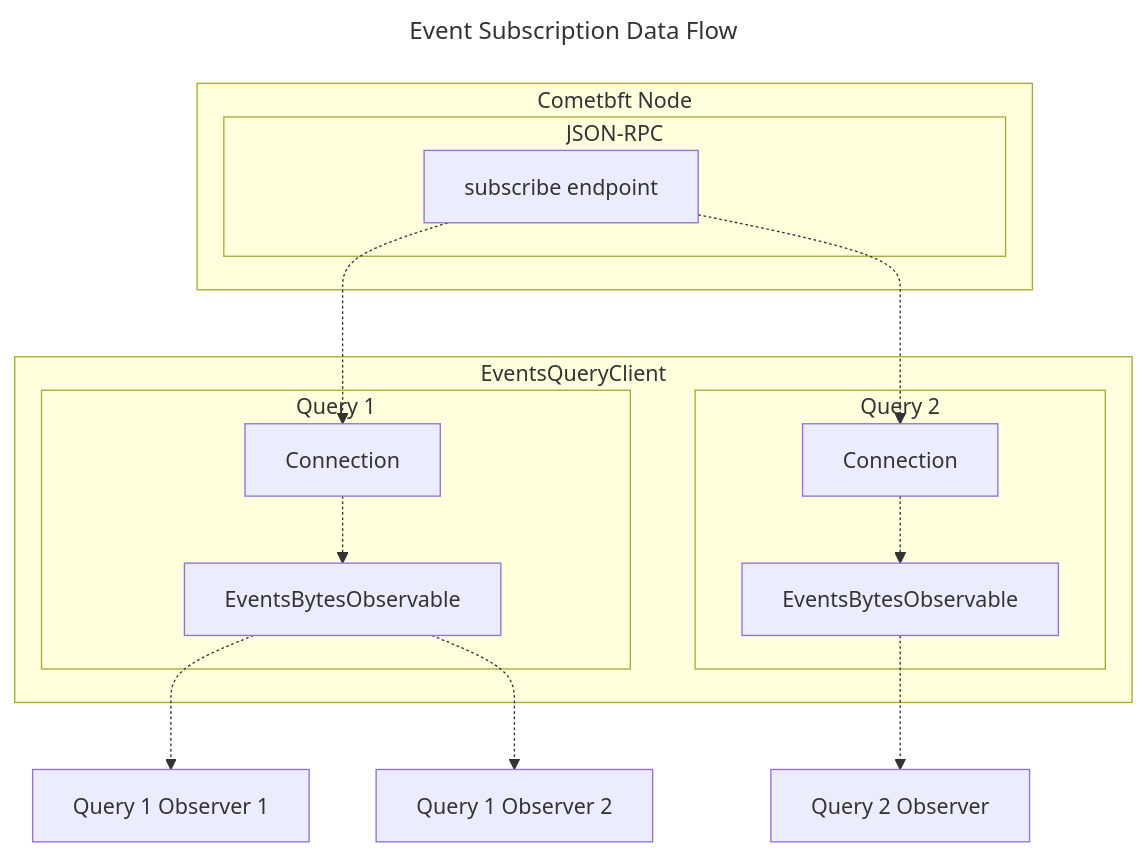
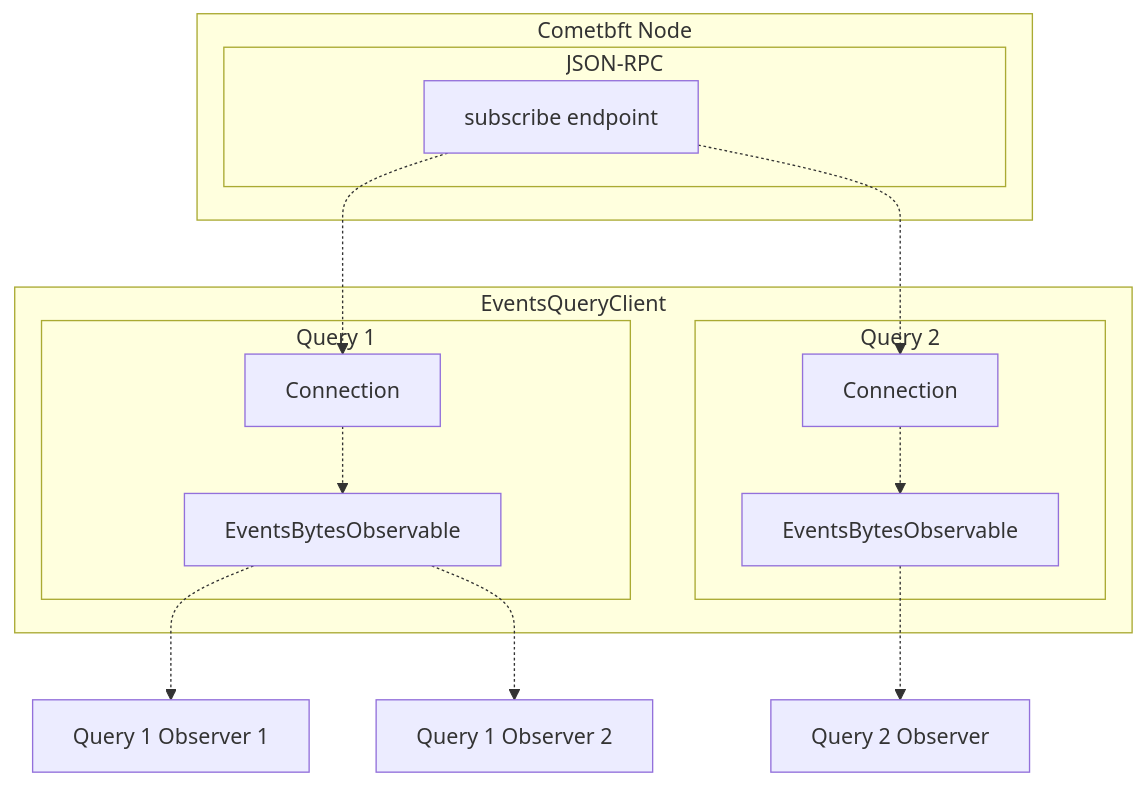
The fourth of 4 diagrams in docusaurus/docs/packages/pkg/client/events.md (pokt-network/poktroll), drawn with Mermaid before and after one commit. The commit also changed other lines of this file and 2 other files, not shown here.

Commit message:
docs: consistent diagram formatting/treatment

````diff
--- a/docusaurus/docs/packages/pkg/client/events.md
+++ b/docusaurus/docs/packages/pkg/client/events.md
@@ -152,39 +143,35 @@
 ```mermaid
----
-title: Event Subscription Data Flow
----
-
 flowchart
 
   subgraph comet[Cometbft Node]
       subgraph rpc[JSON-RPC]
           sub[subscribe endpoint]
       end
   end
 
   subgraph eqc[EventsQueryClient]
       subgraph q1[Query 1]
           q1_eb[EventsBytesObservable]
           q1_conn[Connection]
       end
       subgraph q2[Query 2]
           q2_conn[Connection]
           q2_eb[EventsBytesObservable]
       end
   end
 
   q1_obsvr1[Query 1 Observer 1]
   q1_obsvr2[Query 1 Observer 2]
   q2_obsvr[Query 2 Observer]
 
   q1_eb -.-> q1_obsvr1
   q1_eb -.-> q1_obsvr2
   q2_eb -.-> q2_obsvr
 
 
   q1_conn -.-> q1_eb
   q2_conn -.-> q2_eb
 
   sub -.-> q1_conn
   sub -.-> q2_conn
 ```
````
